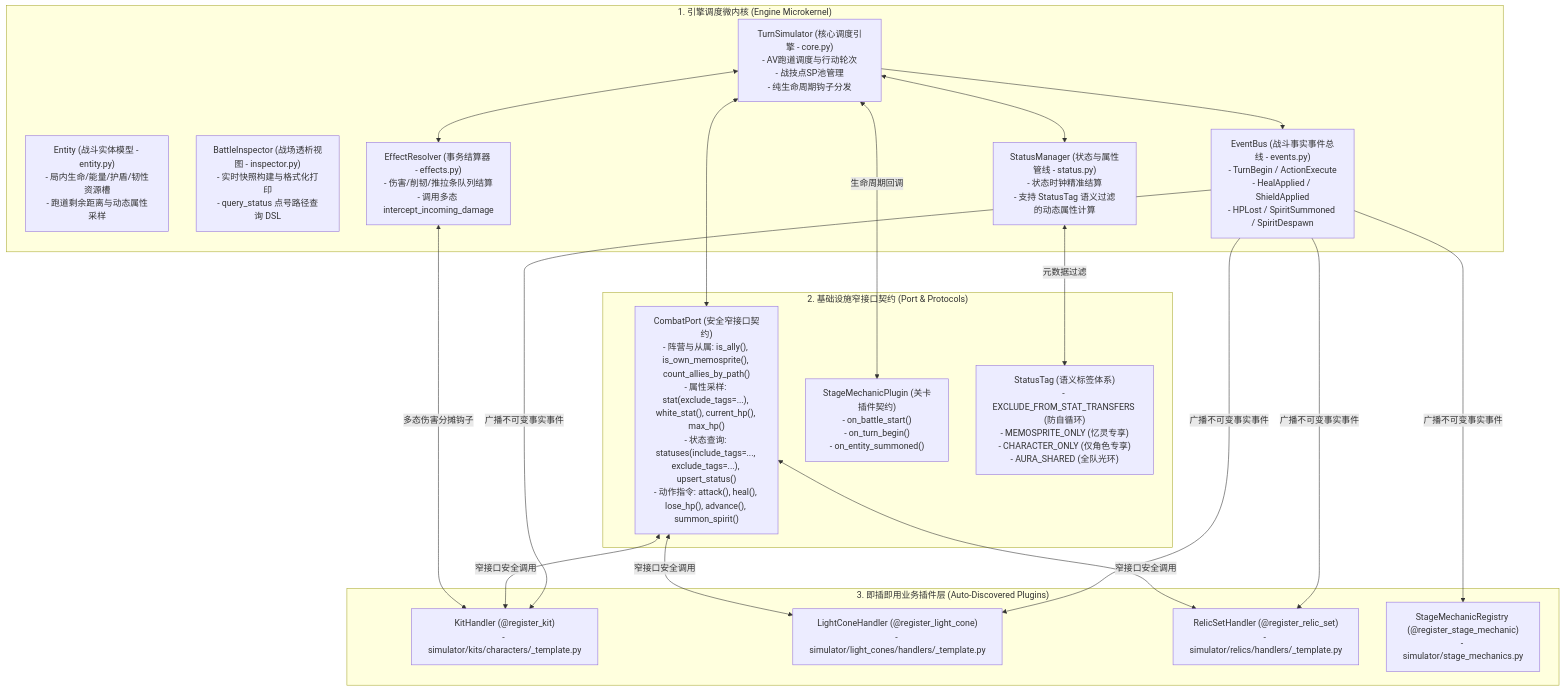
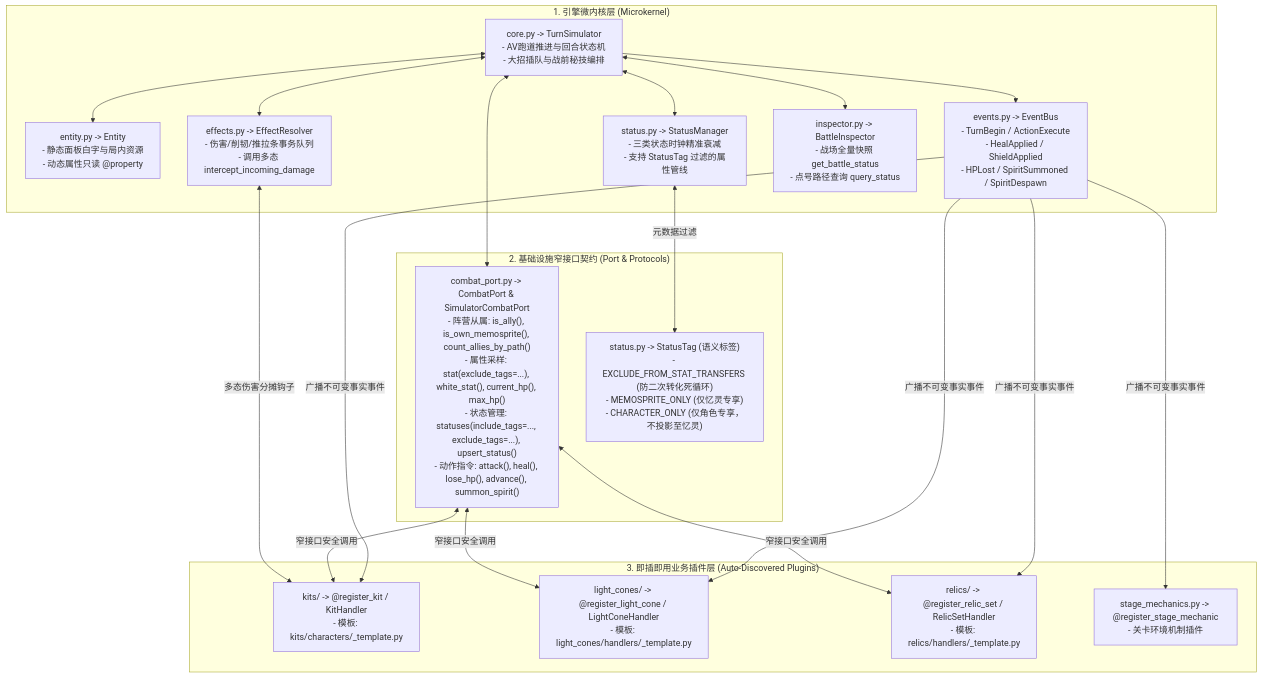
One commit to sagirisensee/StarRail-Combat-Simulator changed the diagram in DEVELOPER_GUIDE.md. Above: the diagram before and after it, drawn with Mermaid. The commit also changed other lines of this file and 12 other files, not shown here.

First line of the commit message:
feat(robin): calibrate Qingge in-combat stats, implement dynamic rhythm trace, and support interactive turn advancement

````diff
--- a/DEVELOPER_GUIDE.md
+++ b/DEVELOPER_GUIDE.md
@@ -14,34 +13,30 @@
 ```mermaid
 flowchart TD
-    subgraph 引擎核心层 ["1. 引擎调度微内核 (Engine Microkernel)"]
-        TS["TurnSimulator (核心调度引擎 - core.py)\n- AV跑道调度与行动轮次\n- 战技点SP池管理\n- 纯生命周期钩子分发"]
-        ENT["Entity (战斗实体模型 - entity.py)\n- 局内生命/能量/护盾/韧性资源槽\n- 跑道剩余距离与动态属性采样"]
-        BI["BattleInspector (战场透析视图 - inspector.py)\n- 实时快照构建与格式化打印\n- query_status 点号路径查询 DSL"]
-        ER["EffectResolver (事务结算器 - effects.py)\n- 伤害/削韧/推拉条队列结算\n- 调用多态 intercept_incoming_damage"]
-        EB["EventBus (战斗事实事件总线 - events.py)\n- TurnBegin / ActionExecute\n- HealApplied / ShieldApplied\n- HPLost / SpiritSummoned / SpiritDespawn"]
-        SM["StatusManager (状态与属性管线 - status.py)\n- 状态时钟精准结算\n- 支持 StatusTag 语义过滤的动态属性计算"]
+    subgraph 引擎微内核层 ["1. 引擎微内核层 (Microkernel)"]
+        TS["core.py -> TurnSimulator\n- AV跑道推进与回合状态机\n- 大招插队与战前秘技编排"]
+        ENT["entity.py -> Entity\n- 静态面板白字与局内资源\n- 动态属性只读 @property"]
+        ER["effects.py -> EffectResolver\n- 伤害/削韧/推拉条事务队列\n- 调用多态 intercept_incoming_damage"]
+        EB["events.py -> EventBus\n- TurnBegin / ActionExecute\n- HealApplied / ShieldApplied\n- HPLost / SpiritSummoned / SpiritDespawn"]
+        SM["status.py -> StatusManager\n- 三类状态时钟精准衰减\n- 支持 StatusTag 过滤的属性管线"]
+        INSP["inspector.py -> BattleInspector\n- 战场全量快照 get_battle_status\n- 点号路径查询 query_status"]
     end
 
     subgraph 协议隔离层 ["2. 基础设施窄接口契约 (Port & Protocols)"]
-        CP["CombatPort (安全窄接口契约)\n- 阵营与从属: is_ally(), is_own_memosprite(), count_allies_by_path()\n- 属性采样: stat(exclude_tags=...), white_stat(), current_hp(), max_hp()\n- 状态查询: statuses(include_tags=..., exclude_tags=...), upsert_status()\n- 动作指令: attack(), heal(), lose_hp(), advance(), summon_spirit()"]
-        SMP["StageMechanicPlugin (关卡插件契约)\n- on_battle_start()\n- on_turn_begin()\n- on_entity_summoned()"]
-        TAG["StatusTag (语义标签体系)\n- EXCLUDE_FROM_STAT_TRANSFERS (防自循环)\n- MEMOSPRITE_ONLY (忆灵专享)\n- CHARACTER_ONLY (仅角色专享)\n- AURA_SHARED (全队光环)"]
+        CP["combat_port.py -> CombatPort & SimulatorCombatPort\n- 阵营从属: is_ally(), is_own_memosprite(), count_allies_by_path()\n- 属性采样: stat(exclude_tags=...), white_stat(), current_hp(), max_hp()\n- 状态管理: statuses(include_tags=..., exclude_tags=...), upsert_status()\n- 动作指令: attack(), heal(), lose_hp(), advance(), summon_spirit()"]
+        TAG["status.py -> StatusTag (语义标签)\n- EXCLUDE_FROM_STAT_TRANSFERS (防二次转化死循环)\n- MEMOSPRITE_ONLY (仅忆灵专享)\n- CHARACTER_ONLY (仅角色专享，不投影至忆灵)"]
     end
 
     subgraph 业务插件层 ["3. 即插即用业务插件层 (Auto-Discovered Plugins)"]
-        KH["KitHandler (@register_kit)\n- simulator/kits/characters/_template.py"]
-        LCH["LightConeHandler (@register_light_cone)\n- simulator/light_cones/handlers/_template.py"]
-        RH["RelicSetHandler (@register_relic_set)\n- simulator/relics/handlers/_template.py"]
-        SMR["StageMechanicRegistry (@register_stage_mechanic)\n- simulator/stage_mechanics.py"]
+        KH["kits/ -> @register_kit / KitHandler\n- 模板: kits/characters/_template.py"]
+        LCH["light_cones/ -> @register_light_cone / LightConeHandler\n- 模板: light_cones/handlers/_template.py"]
+        RH["relics/ -> @register_relic_set / RelicSetHandler\n- 模板: relics/handlers/_template.py"]
+        SMR["stage_mechanics.py -> @register_stage_mechanic\n- 关卡环境机制插件"]
     end
 
-    TS <--> CP
-    TS <--> ER
+    TS <--> ENT & CP & ER & SM & INSP
     TS --> EB
-    TS <--> SM
     EB -->|广播不可变事实事件| KH & LCH & RH & SMR
     CP <-->|窄接口安全调用| KH & LCH & RH
     ER <-->|多态伤害分摊钩子| KH
-    TS <-->|生命周期回调| SMP
     SM <-->|元数据过滤| TAG
 ```
````
